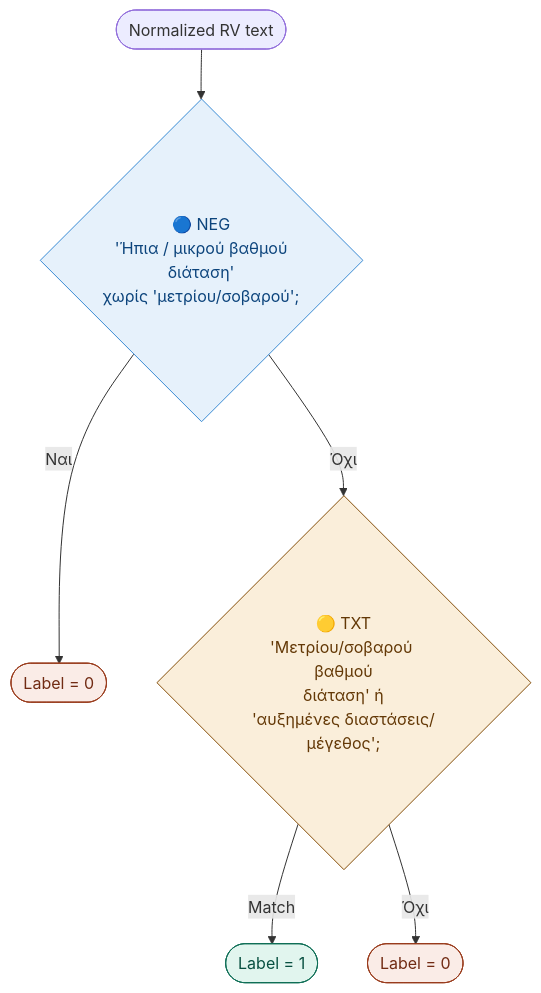
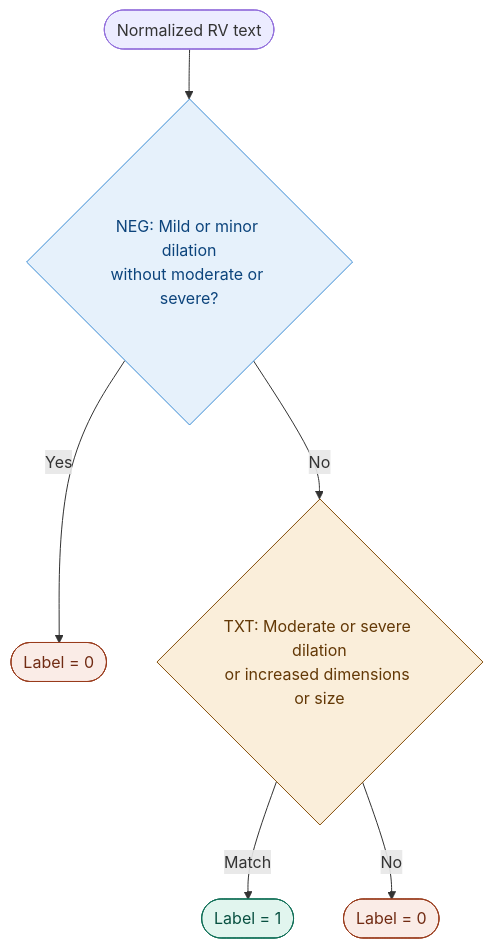
Before and after one commit to evatsioumani/Echo: the third of 17 diagrams in BINARY_EXTRACTION.md, drawn with Mermaid. The commit also changed other lines of this file, not shown here.

````diff
--- a/BINARY_EXTRACTION.md
+++ b/BINARY_EXTRACTION.md
@@ -76,14 +78,14 @@
 ```mermaid
 flowchart TD
-    A([Normalized RV text]) --> B{🔵 NEG\n'Ήπια / μικρού βαθμού\nδιάταση'\nχωρίς 'μετρίου/σοβαρού';}
-    B -->|Ναι| Z0([Label = 0])
-    B -->|Όχι| C{🟡 TXT\n'Μετρίου/σοβαρού βαθμού\nδιάταση' ή\n'αυξημένες διαστάσεις/μέγεθος';}
+    A([Normalized RV text]) --> B{NEG: Mild or minor dilation\nwithout moderate or severe?}
+    B -->|Yes| Z0([Label = 0])
+    B -->|No| C{TXT: Moderate or severe dilation\nor increased dimensions or size}
     C -->|Match| Z1([Label = 1])
-    C -->|Όχι| Z0b([Label = 0])
+    C -->|No| Z0b([Label = 0])
 
     style Z0 fill:#FAECE7,stroke:#993C1D,color:#712B13
     style Z0b fill:#FAECE7,stroke:#993C1D,color:#712B13
     style Z1 fill:#E1F5EE,stroke:#0F6E56,color:#085041
     style B fill:#E6F1FB,stroke:#3B8BD4,color:#0C447C
     style C fill:#FAEEDA,stroke:#854F0B,color:#633806
 ```
````
